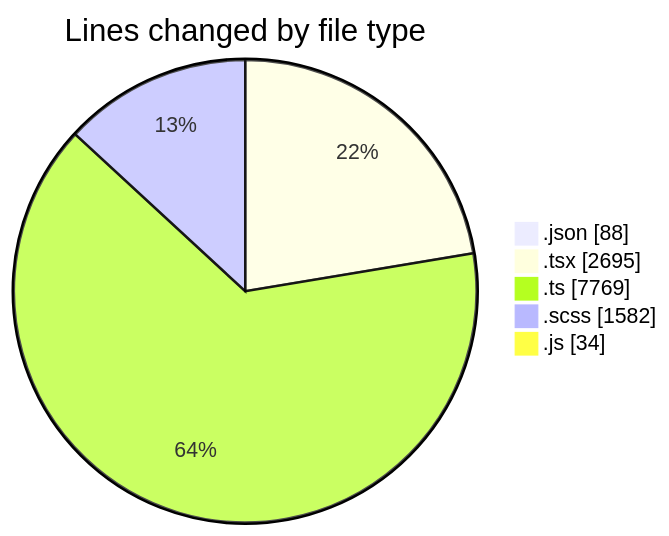
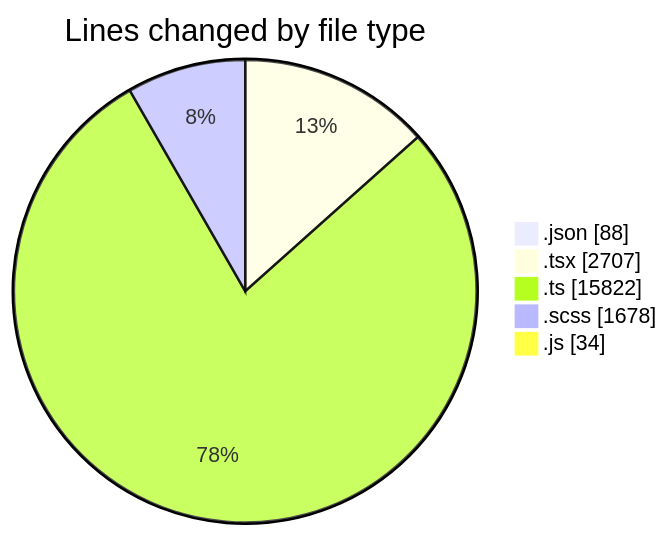
Before and after one commit to momahboobian/code-tracking: the first of 2 diagrams in 2026-10-22/cda/README.md, drawn with Mermaid. The commit also changed other lines of this file and 1 other file, not shown here.

````diff
--- a/2026-10-22/cda/README.md
+++ b/2026-10-22/cda/README.md
@@ -39,9 +39,9 @@
 ```mermaid
 pie showData
 title Lines changed by file type
 ".json" : 88
-".tsx" : 2695
-".ts" : 7769
-".scss" : 1582
+".tsx" : 2707
+".ts" : 15822
+".scss" : 1678
 ".js" : 34
 ```
````
